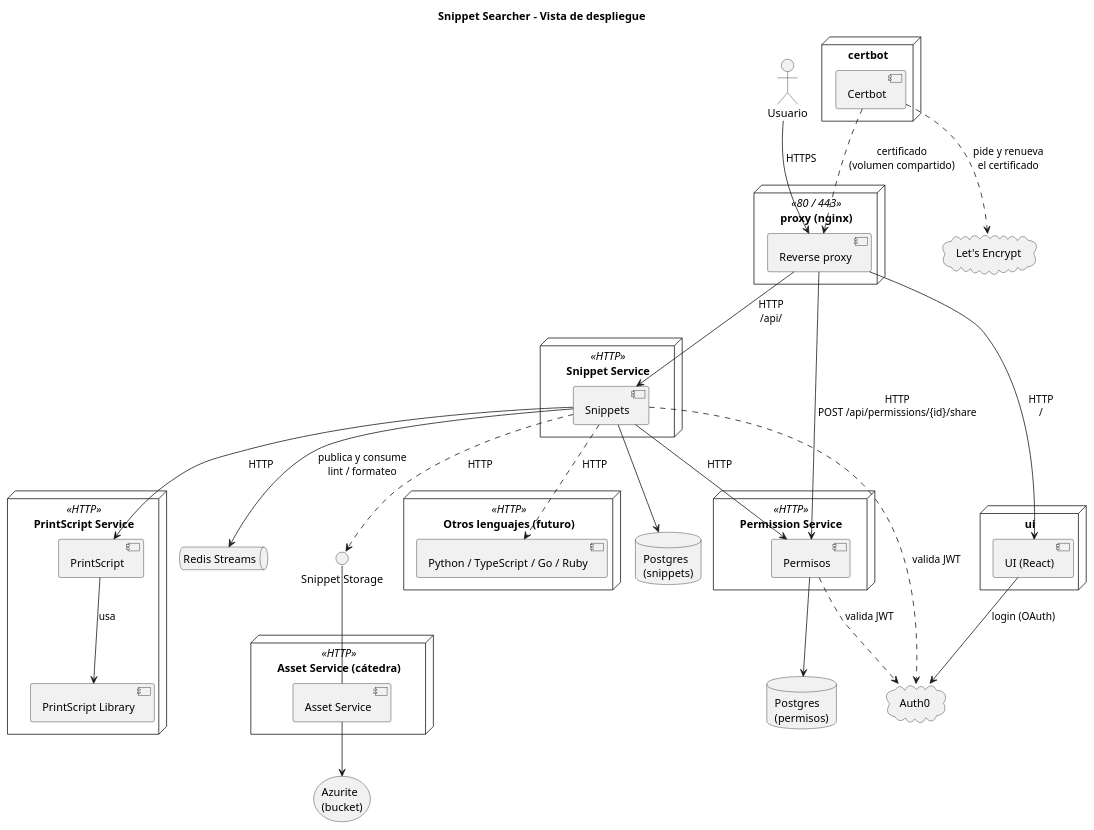
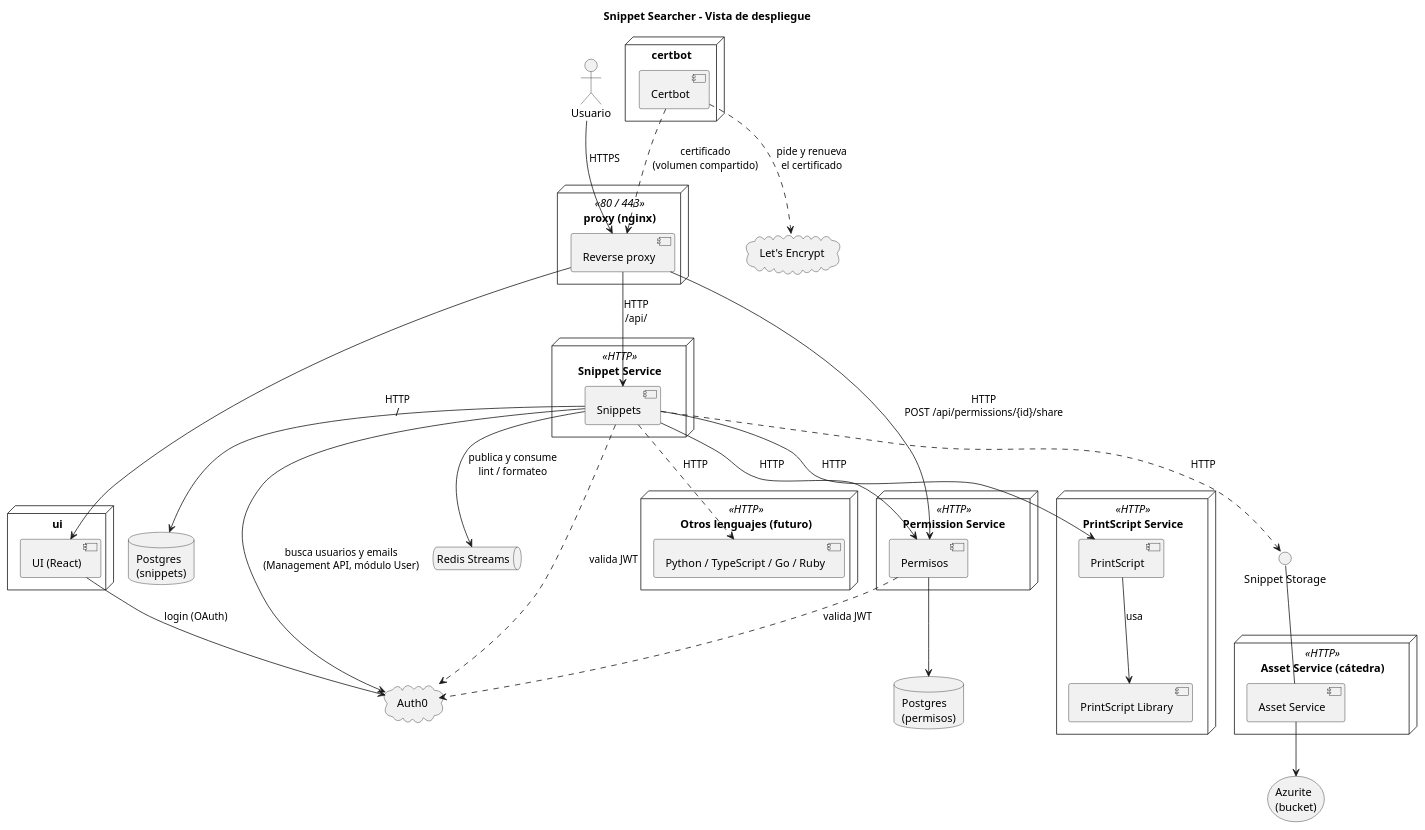
One commit to MartinaCousido/SnippetSearcher changed the diagram in docs/diagramas/componentes-despliegue.puml. Above: the diagram before and after it, drawn with PlantUML. The commit also changed 20 other files, not shown here.

First line of the commit message:
feat(snippets): busca usuarios en Auth0 y muestra el email del autor

```diff
--- a/docs/diagramas/componentes-despliegue.puml
+++ b/docs/diagramas/componentes-despliegue.puml
@@ -1,80 +1,81 @@
 @startuml componentes-despliegue
 ' Vista de despliegue: cada módulo corre como un servicio independiente
 ' que expone una API HTTP, con su propia base de datos cuando la necesita.
 ' El código de los snippets se guarda en un bucket, no en Postgres.
 ' Solo Snippets usa el Snippet Storage: a los lenguajes les manda el código.
 ' Todo entra por el proxy (nginx), con HTTPS. Adentro de la red, HTTP.
 
 title Snippet Searcher - Vista de despliegue
 skinparam componentStyle uml2
 
 actor Usuario
 
 cloud "Auth0" as Auth0
 cloud "Let's Encrypt" as LE
 
 node "proxy (nginx)" <<80 / 443>> as ProxyNode {
   component "Reverse proxy" as Proxy
 }
 
 node "certbot" as CertbotNode {
   component "Certbot" as Certbot
 }
 
 node "ui" as UINode {
   component "UI (React)" as UI
 }
 
 node "Permission Service" <<HTTP>> {
   component Permisos
 }
 database "Postgres\n(permisos)" as PermDB
 
 node "Snippet Service" <<HTTP>> {
   component Snippets
 }
 database "Postgres\n(snippets)" as SnipDB
 
 node "PrintScript Service" <<HTTP>> as PSNode {
   component PrintScript
   component "PrintScript Library" as PSLib
 }
 
 node "Otros lenguajes (futuro)" <<HTTP>> as OtrosNode {
   component "Python / TypeScript / Go / Ruby" as Otros
 }
 
 interface "Snippet Storage" as Storage
 node "Asset Service (cátedra)" <<HTTP>> {
   component "Asset Service" as BucketSvc
 }
 storage "Azurite\n(bucket)" as Bucket
 
 queue "Redis Streams" as Redis
 
 Usuario --> Proxy : HTTPS
 Proxy --> UI : HTTP\n/
 Proxy --> Snippets : HTTP\n/api/
 Proxy --> Permisos : HTTP\nPOST /api/permissions/{id}/share
 Certbot ..> LE : pide y renueva\nel certificado
 Certbot ..> Proxy : certificado\n(volumen compartido)
 UI --> Auth0 : login (OAuth)
 
 Snippets --> Permisos : HTTP
 Snippets --> PrintScript : HTTP
 Snippets ..> Otros : HTTP
 Snippets --> SnipDB
 Permisos --> PermDB
 
 PrintScript --> PSLib : usa
 
 Snippets ..> Storage : HTTP
 Snippets --> Redis : publica y consume\nlint / formateo
 
 BucketSvc -up- Storage
 BucketSvc --> Bucket
 
 Snippets ..> Auth0 : valida JWT
+Snippets --> Auth0 : busca usuarios y emails\n(Management API, módulo User)
 Permisos ..> Auth0 : valida JWT
 
 @enduml
```
